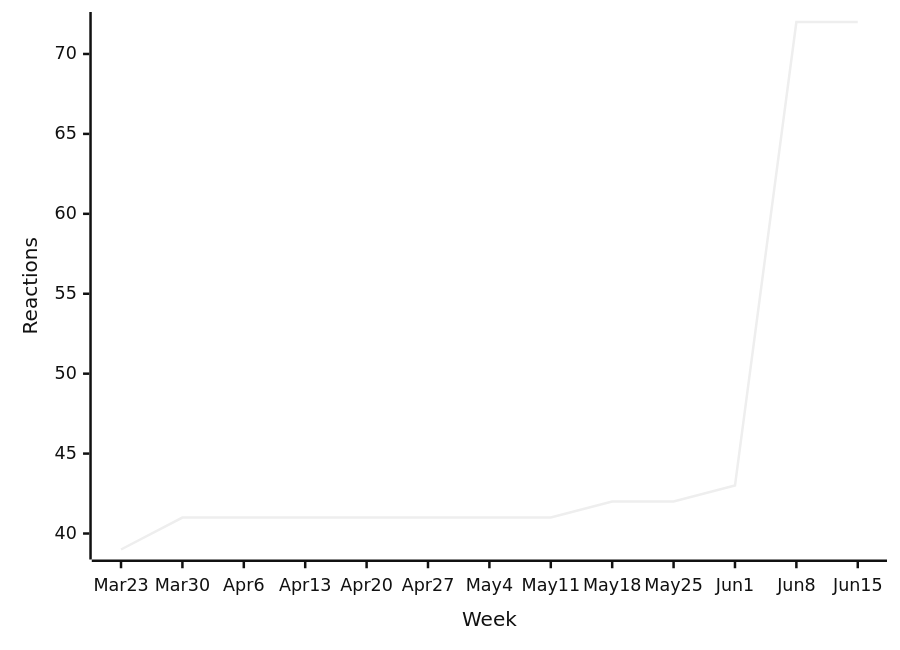
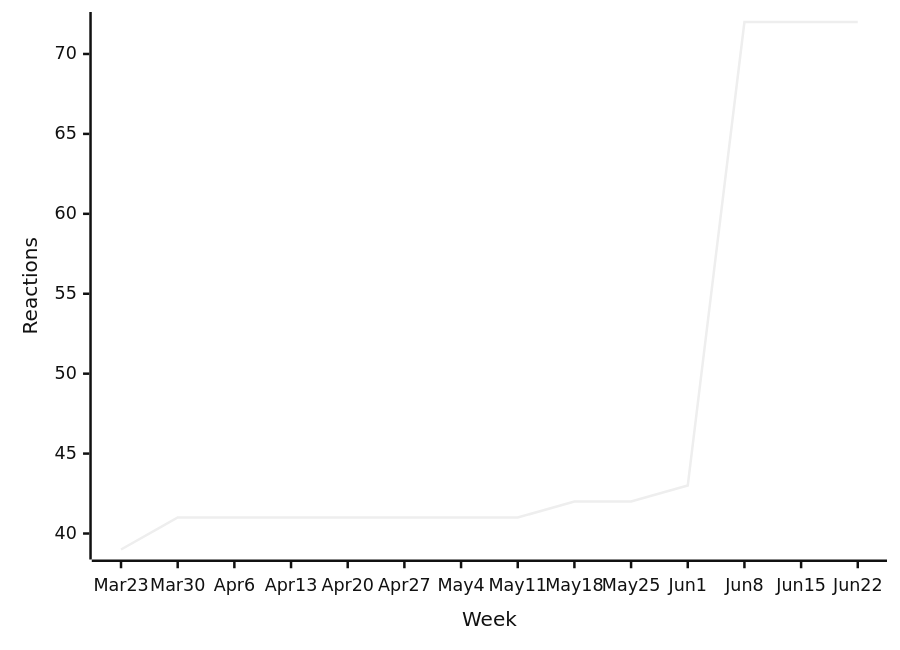
One commit to loic-sharma/github-insights changed the third of 50 diagrams in README.md. Above: the diagram before and after it, drawn with Mermaid (neutral theme). The commit also changed other lines of this file and 3 other files, not shown here.

````diff
--- a/README.md
+++ b/README.md
@@ -373,6 +373,6 @@
   ```mermaid
   xychart-beta
-    x-axis "Week" [Mar 23, Mar 30, Apr 6, Apr 13, Apr 20, Apr 27, May 4, May 11, May 18, May 25, Jun 1, Jun 8, Jun 15]
+    x-axis "Week" [Mar 23, Mar 30, Apr 6, Apr 13, Apr 20, Apr 27, May 4, May 11, May 18, May 25, Jun 1, Jun 8, Jun 15, Jun 22]
     y-axis "Reactions"
-    line [39, 41, 41, 41, 41, 41, 41, 41, 42, 42, 43, 72, 72]
+    line [39, 41, 41, 41, 41, 41, 41, 41, 42, 42, 43, 72, 72, 72]
   ```
````
